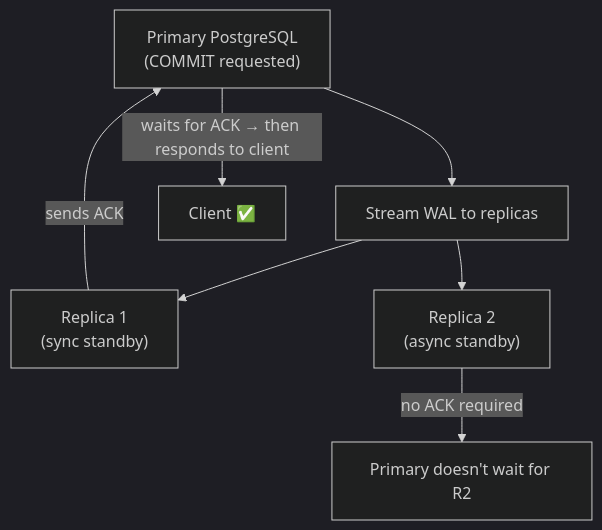
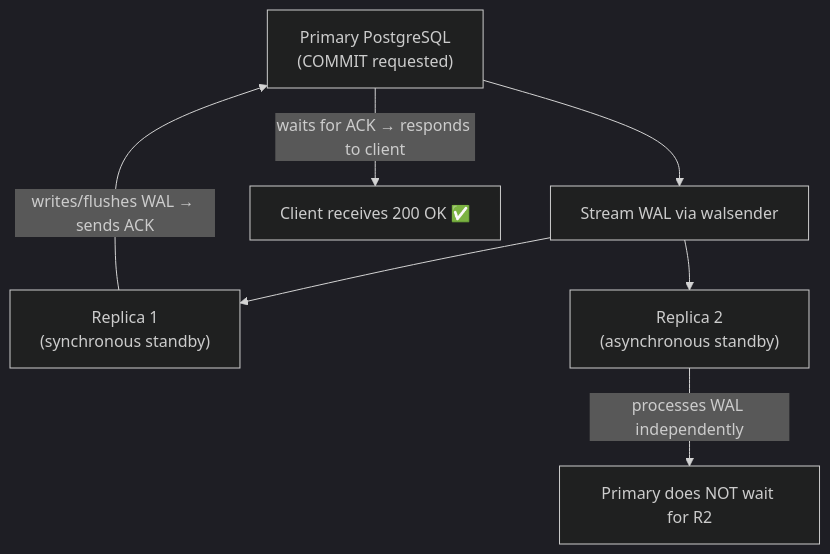
Before and after one commit to Patel-Neel-346/Notes: diagram 13 of 16 in Backend-engineering/2-Communication-patterns/2-Async-and-Sync-Execution/1.Async-Sync-Execution.md, drawn with Mermaid (dark theme). The commit also changed other lines of this file and 1 other file, not shown here.

````diff
--- a/Backend-engineering/2-Communication-patterns/2-Async-and-Sync-Execution/1.Async-Sync-Execution.md
+++ b/Backend-engineering/2-Communication-patterns/2-Async-and-Sync-Execution/1.Async-Sync-Execution.md
@@ -1053,10 +1044,10 @@
 ```mermaid
 flowchart TD
-    P["Primary PostgreSQL\n(COMMIT requested)"] --> WAL_STREAM["Stream WAL to replicas"]
-    WAL_STREAM --> R1["Replica 1\n(sync standby)"]
-    WAL_STREAM --> R2["Replica 2\n(async standby)"]
+    P["Primary PostgreSQL\n(COMMIT requested)"] --> WAL_STREAM["Stream WAL via walsender"]
+    WAL_STREAM --> R1["Replica 1\n(synchronous standby)"]
+    WAL_STREAM --> R2["Replica 2\n(asynchronous standby)"]
 
-    R1 -->|"sends ACK"| P
-    P -->|"waits for ACK → then responds to client"| CLIENT["Client ✅"]
-    R2 -->|"no ACK required"| P2["Primary doesn't wait for R2"]
+    R1 -->|"writes/flushes WAL → sends ACK"| P
+    P -->|"waits for ACK → responds to client"| CLIENT["Client receives 200 OK ✅"]
+    R2 -->|"processes WAL independently"| P2["Primary does NOT wait for R2"]
 ```
````
